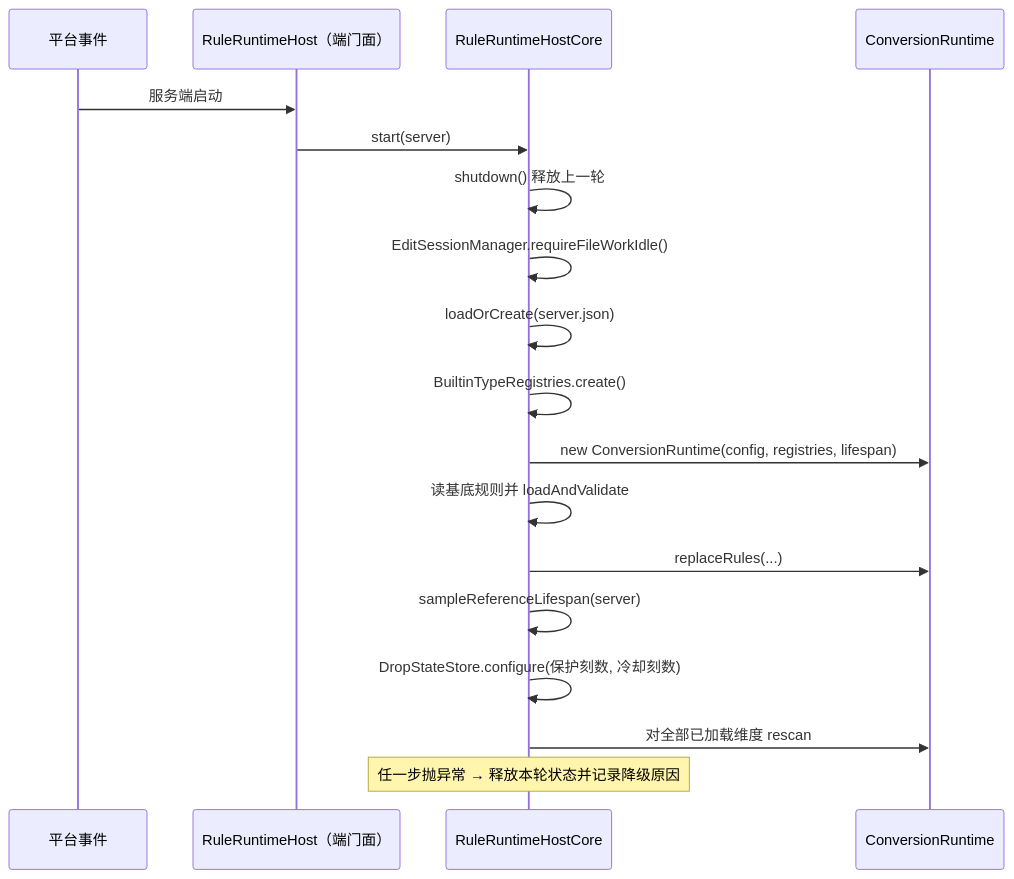
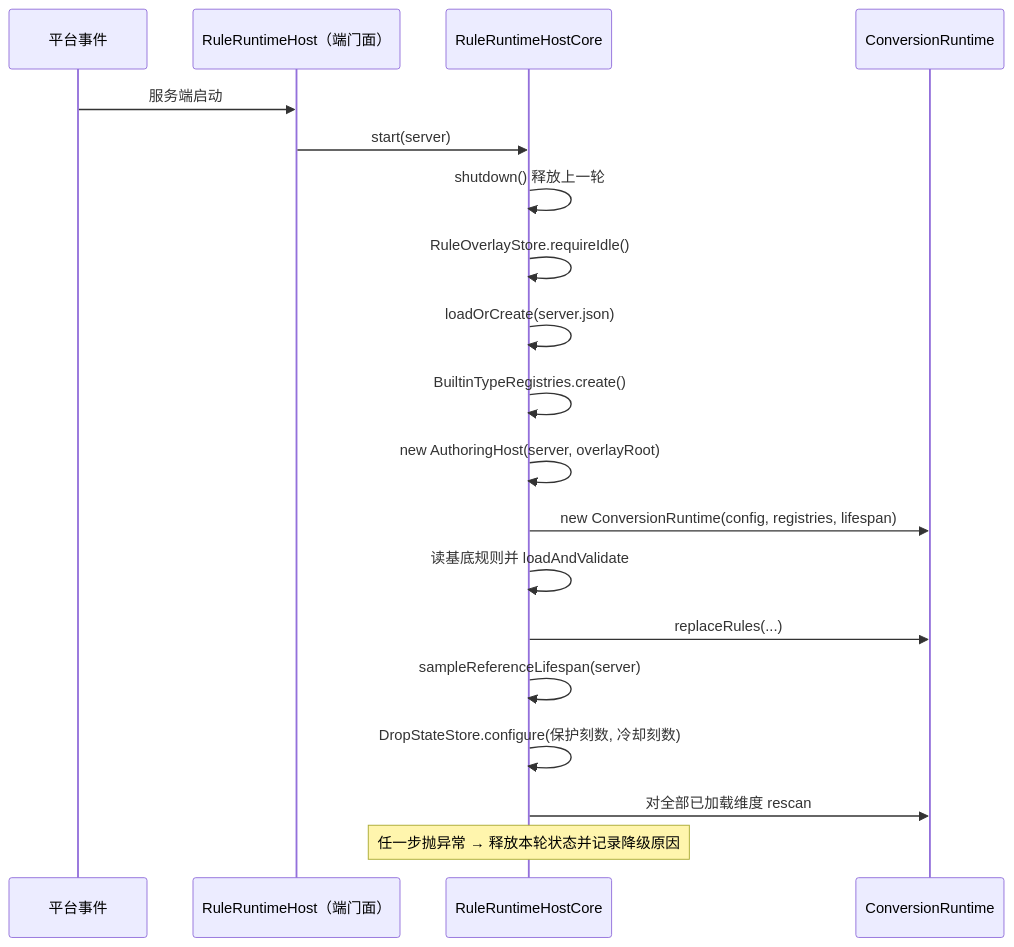
Before and after one commit to meteoritel/item-despawn-to-what: the second of 3 diagrams in docs/modules/platform.md, drawn with Mermaid. The commit also changed other lines of this file and 20 other files, not shown here.

````diff
--- a/docs/modules/platform.md
+++ b/docs/modules/platform.md
@@ -109,20 +109,21 @@
 ```mermaid
 sequenceDiagram
     participant P as 平台事件
     participant H as RuleRuntimeHost（端门面）
     participant C as RuleRuntimeHostCore
     participant R as ConversionRuntime
     P->>H: 服务端启动
     H->>C: start(server)
     C->>C: shutdown() 释放上一轮
-    C->>C: EditSessionManager.requireFileWorkIdle()
+    C->>C: RuleOverlayStore.requireIdle()
     C->>C: loadOrCreate(server.json)
     C->>C: BuiltinTypeRegistries.create()
+    C->>C: new AuthoringHost(server, overlayRoot)
     C->>R: new ConversionRuntime(config, registries, lifespan)
     C->>C: 读基底规则并 loadAndValidate
     C->>R: replaceRules(...)
     C->>C: sampleReferenceLifespan(server)
     C->>C: DropStateStore.configure(保护刻数, 冷却刻数)
     C->>R: 对全部已加载维度 rescan
     Note over C: 任一步抛异常 → 释放本轮状态并记录降级原因
 ```
````
